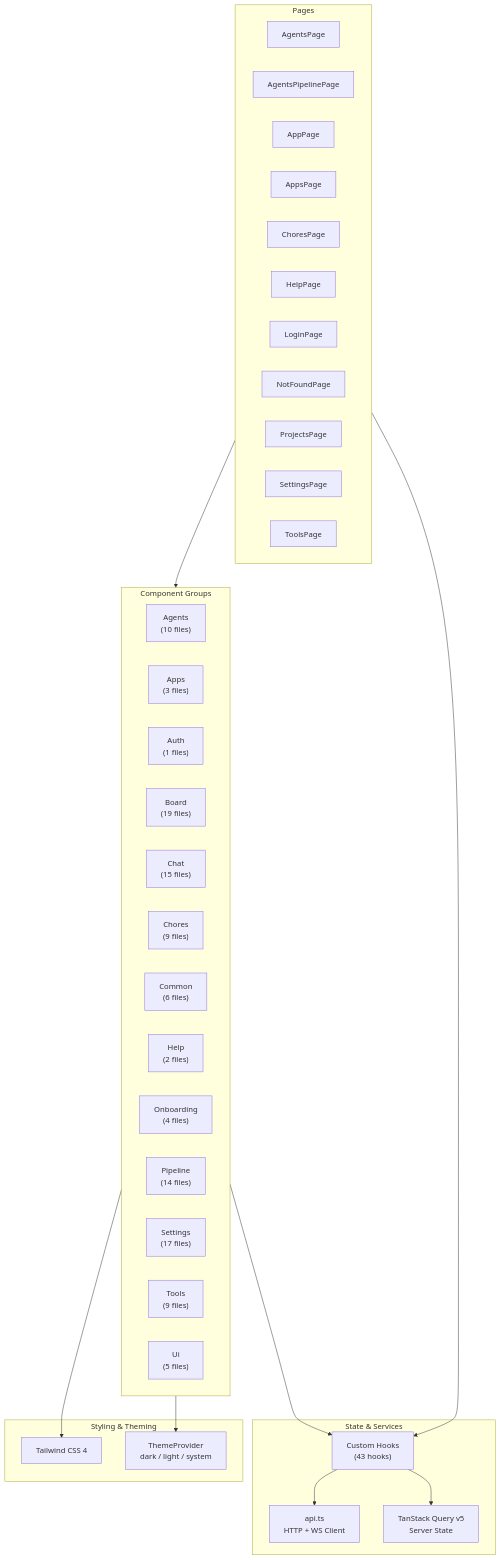
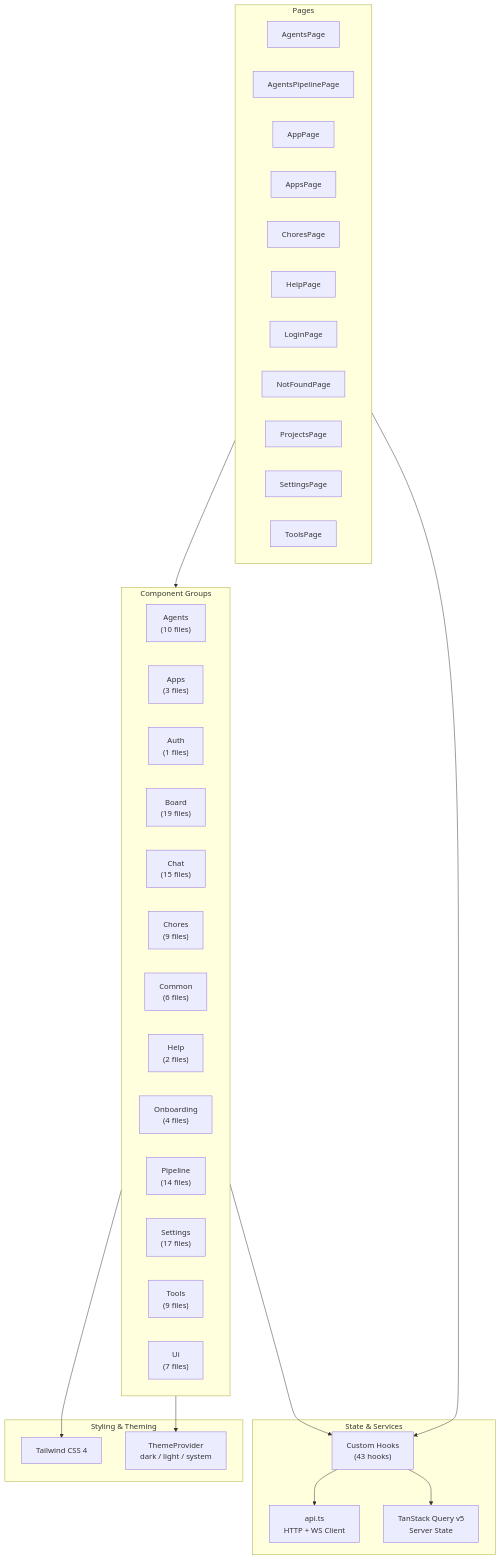
Before and after one commit to Boykai/github-workflows: the diagram in solune/docs/architectures/frontend-components.mmd, drawn with Mermaid. The commit also changed 27 other files, not shown here.

```diff
--- a/solune/docs/architectures/frontend-components.mmd
+++ b/solune/docs/architectures/frontend-components.mmd
@@ -1,49 +1,49 @@
 graph TB
     subgraph Pages["Pages"]
         P_0["AgentsPage"]
         P_1["AgentsPipelinePage"]
         P_2["AppPage"]
         P_3["AppsPage"]
         P_4["ChoresPage"]
         P_5["HelpPage"]
         P_6["LoginPage"]
         P_7["NotFoundPage"]
         P_8["ProjectsPage"]
         P_9["SettingsPage"]
         P_10["ToolsPage"]
     end
 
     subgraph Components["Component Groups"]
         C_0["Agents<br/>(10 files)"]
         C_1["Apps<br/>(3 files)"]
         C_2["Auth<br/>(1 files)"]
         C_3["Board<br/>(19 files)"]
         C_4["Chat<br/>(15 files)"]
         C_5["Chores<br/>(9 files)"]
         C_6["Common<br/>(6 files)"]
         C_7["Help<br/>(2 files)"]
         C_8["Onboarding<br/>(4 files)"]
         C_9["Pipeline<br/>(14 files)"]
         C_10["Settings<br/>(17 files)"]
         C_11["Tools<br/>(9 files)"]
-        C_12["Ui<br/>(5 files)"]
+        C_12["Ui<br/>(7 files)"]
     end
 
     subgraph State["State & Services"]
         Hooks["Custom Hooks<br/>(43 hooks)"]
         API["api.ts<br/>HTTP + WS Client"]
         TQ["TanStack Query v5<br/>Server State"]
     end
 
     subgraph Styling["Styling & Theming"]
         TW["Tailwind CSS 4"]
         Theme["ThemeProvider<br/>dark / light / system"]
     end
 
     Pages --> Components
     Pages --> Hooks
     Components --> Hooks
     Hooks --> API
     Hooks --> TQ
     Components --> TW
     Components --> Theme
```
